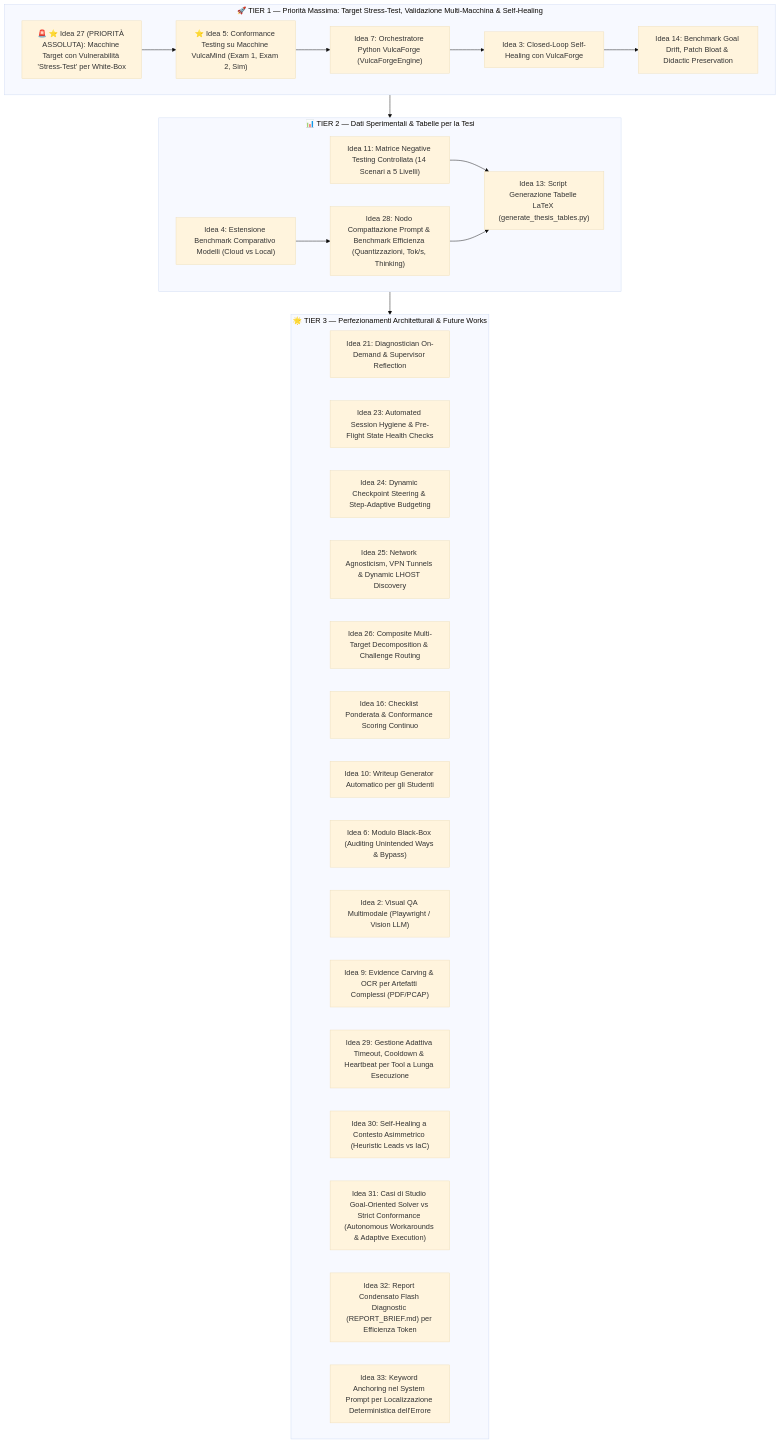
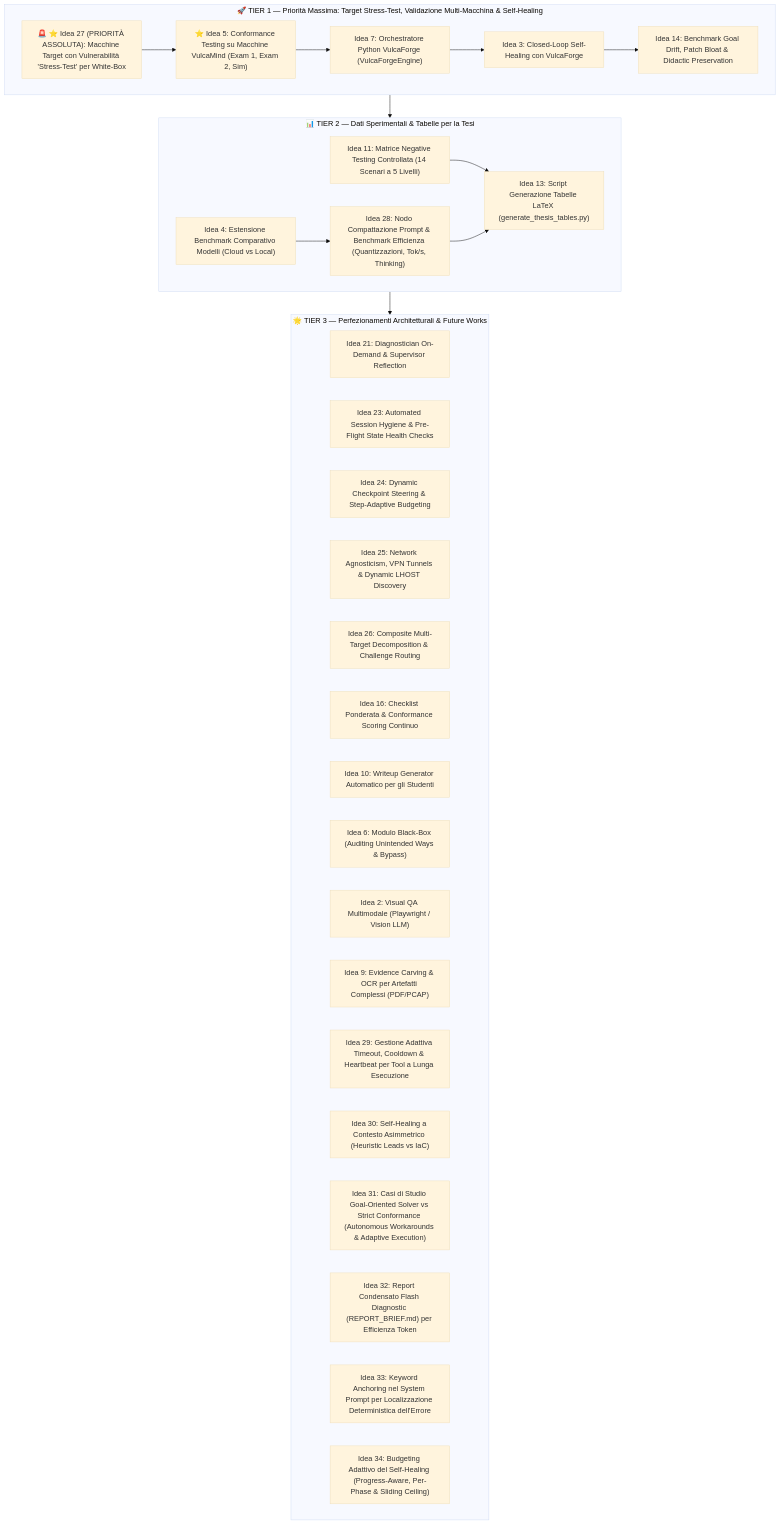
One commit to likingaxis/UNIVE changed the diagram in content/UNI/ANNO 3/TESI/IDEE SPARSE.md. Above: the diagram before and after it, drawn with Mermaid (base theme). The commit also changed other lines of this file and 2 other files, not shown here.

````diff
--- a/content/UNI/ANNO 3/TESI/IDEE SPARSE.md
+++ b/content/UNI/ANNO 3/TESI/IDEE SPARSE.md
@@ -12,41 +12,42 @@
 ```mermaid
 flowchart TD
     subgraph TIER1 ["🚀 TIER 1 — Priorità Massima: Target Stress-Test, Validazione Multi-Macchina & Self-Healing"]
         I27["🚨 ⭐ Idea 27 (PRIORITÀ ASSOLUTA): Macchine Target con Vulnerabilità 'Stress-Test' per White-Box"]
         I5["⭐ Idea 5: Conformance Testing su Macchine VulcaMind (Exam 1, Exam 2, Sim)"]
         I7["Idea 7: Orchestratore Python VulcaForge (VulcaForgeEngine)"]
         I3["Idea 3: Closed-Loop Self-Healing con VulcaForge"]
         I14["Idea 14: Benchmark Goal Drift, Patch Bloat & Didactic Preservation"]
         I27 --> I5 --> I7 --> I3 --> I14
     end
 
     subgraph TIER2 ["📊 TIER 2 — Dati Sperimentali & Tabelle per la Tesi"]
         I11["Idea 11: Matrice Negative Testing Controllata (14 Scenari a 5 Livelli)"]
         I4["Idea 4: Estensione Benchmark Comparativo Modelli (Cloud vs Local)"]
         I28["Idea 28: Nodo Compattazione Prompt & Benchmark Efficienza (Quantizzazioni, Tok/s, Thinking)"]
         I13["Idea 13: Script Generazione Tabelle LaTeX (generate_thesis_tables.py)"]
         I11 --> I13
         I4 --> I28 --> I13
     end
 
     subgraph TIER3 ["🌟 TIER 3 — Perfezionamenti Architetturali & Future Works"]
         I21["Idea 21: Diagnostician On-Demand & Supervisor Reflection"]
         I23["Idea 23: Automated Session Hygiene & Pre-Flight State Health Checks"]
         I24["Idea 24: Dynamic Checkpoint Steering & Step-Adaptive Budgeting"]
         I25["Idea 25: Network Agnosticism, VPN Tunnels & Dynamic LHOST Discovery"]
         I26["Idea 26: Composite Multi-Target Decomposition & Challenge Routing"]
         I16["Idea 16: Checklist Ponderata & Conformance Scoring Continuo"]
         I10["Idea 10: Writeup Generator Automatico per gli Studenti"]
         I6["Idea 6: Modulo Black-Box (Auditing Unintended Ways & Bypass)"]
         I2["Idea 2: Visual QA Multimodale (Playwright / Vision LLM)"]
         I9["Idea 9: Evidence Carving & OCR per Artefatti Complessi (PDF/PCAP)"]
         I29["Idea 29: Gestione Adattiva Timeout, Cooldown & Heartbeat per Tool a Lunga Esecuzione"]
         I30["Idea 30: Self-Healing a Contesto Asimmetrico (Heuristic Leads vs IaC)"]
         I31["Idea 31: Casi di Studio Goal-Oriented Solver vs Strict Conformance (Autonomous Workarounds & Adaptive Execution)"]
         I32["Idea 32: Report Condensato Flash Diagnostic (REPORT_BRIEF.md) per Efficienza Token"]
         I33["Idea 33: Keyword Anchoring nel System Prompt per Localizzazione Deterministica dell'Errore"]
+        I34["Idea 34: Budgeting Adattivo del Self-Healing (Progress-Aware, Per-Phase & Sliding Ceiling)"]
     end
 
     TIER1 --> TIER2
     TIER2 --> TIER3
 ```
````
